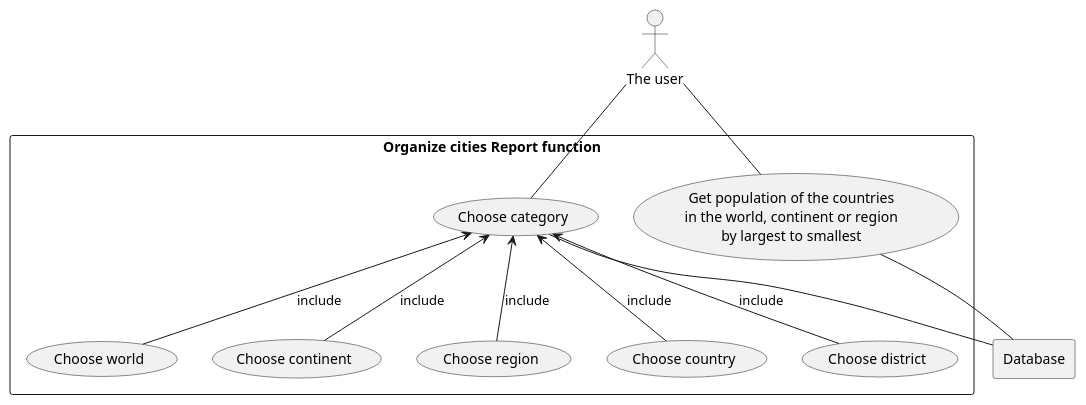
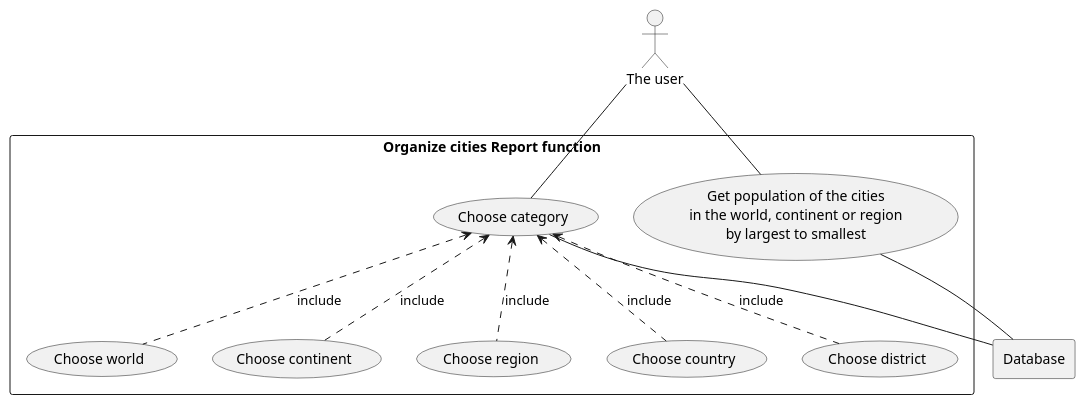
The diagram in use-cases/Organize_cities_report_use-case_diagrm.puml (Team-3-DevOps/coursework), drawn with PlantUML before and after one commit. The commit also changed 7 other files, not shown here.

Commit message:
Update Use Cases with diagrams

```diff
--- a/use-cases/Organize_cities_report_use-case_diagrm.puml
+++ b/use-cases/Organize_cities_report_use-case_diagrm.puml
@@ -1,34 +1,34 @@
 @startuml
 
 actor user as "The user"
 
 rectangle Database
 
 rectangle "Organize cities Report function" {
 
 
     usecase world as "Choose world"
     usecase continent as "Choose continent"
     usecase region as "Choose region"
     usecase country as "Choose country"
     usecase district as "Choose district"
     usecase cc as "Choose category"
-    usecase UC as "Get population of the countries
+    usecase UC as "Get population of the cities
         in the world, continent or region
         by largest to smallest"
 
     user -- UC
     user -- cc
-    cc <-- world : include
-    cc <-- continent : include
-    cc <-- region : include
-    cc <-- country : include
-    cc <-- district : include
+    cc <.. world : include
+    cc <.. continent : include
+    cc <.. region : include
+    cc <.. country : include
+    cc <.. district : include
 
     UC -- Database
     cc -- Database
 
 
 }
 
 @enduml
```
